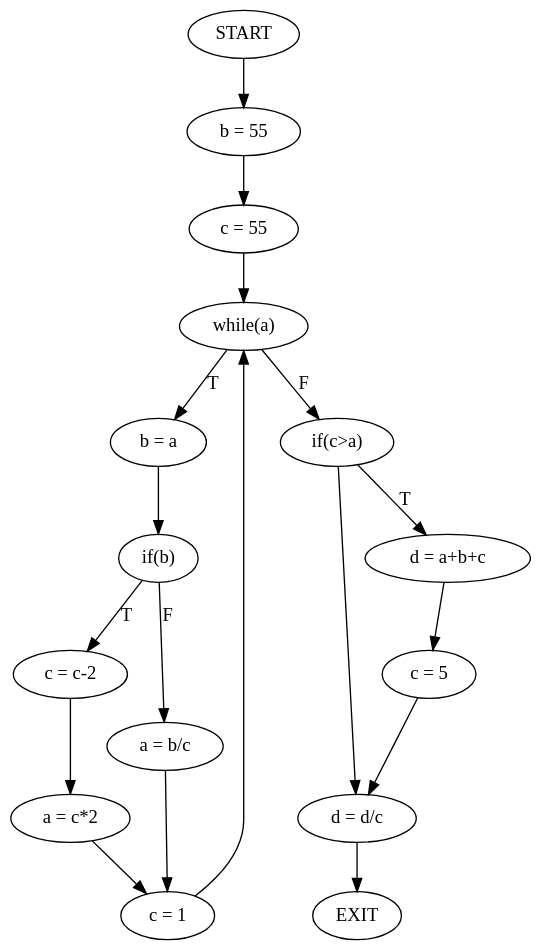
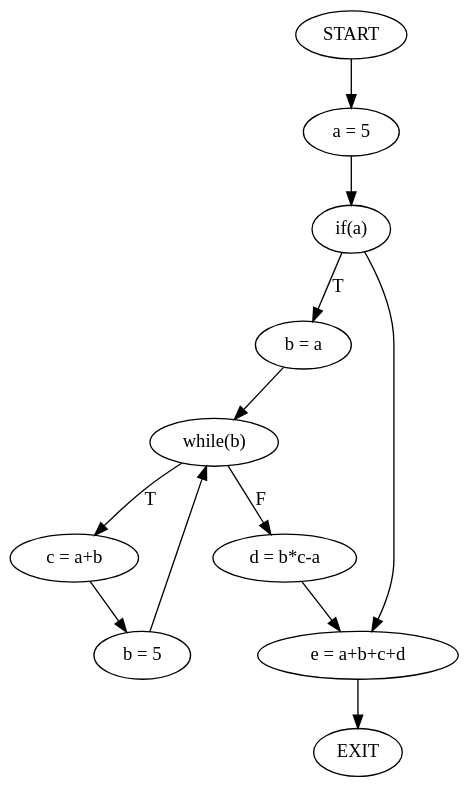
The diagram in ATS/Fichas/Cmb/Gramatica/output/cfg.gv (MiguelCosta/EngenhariaDeLinguagens), drawn with Graphviz before and after one commit. The commit also changed 119 other files, not shown here.

```diff
--- a/ATS/Fichas/Cmb/Gramatica/output/cfg.gv
+++ b/ATS/Fichas/Cmb/Gramatica/output/cfg.gv
@@ -1,20 +1,14 @@
 digraph mainmap {
 graph [bgcolor=transparent];
-"START" -> "b = 55";
-	"b = 55" -> "c = 55";
-	"c = 55" -> "while(a)";
-	"while(a)" -> "b = a"[label="T"];
-	"while(a)" -> "if(c>a)"[label="F"];
-	"b = a" -> "if(b)";
-	"if(b)" -> "c = c-2"[label="T"];
-	"if(b)" -> "a = b/c"[label="F"];
-	"c = c-2" -> "a = c*2";
-	"a = c*2" -> "c = 1";
-	"a = b/c" -> "c = 1";
-	"c = 1" -> "while(a)";
-	"if(c>a)" -> "d = a+b+c"[label="T"];
-	"if(c>a)" -> "d = d/c";
-	"d = a+b+c" -> "c = 5";
-	"c = 5" -> "d = d/c";
-	"d = d/c" -> "EXIT";
+"START" -> "a = 5";
+	"a = 5" -> "if(a)";
+	"if(a)" -> "b = a"[label="T"];
+	"if(a)" -> "e = a+b+c+d";
+	"b = a" -> "while(b)";
+	"while(b)" -> "c = a+b"[label="T"];
+	"while(b)" -> "d = b*c-a"[label="F"];
+	"c = a+b" -> "b = 5";
+	"b = 5" -> "while(b)";
+	"d = b*c-a" -> "e = a+b+c+d";
+	"e = a+b+c+d" -> "EXIT";
 	}
```
